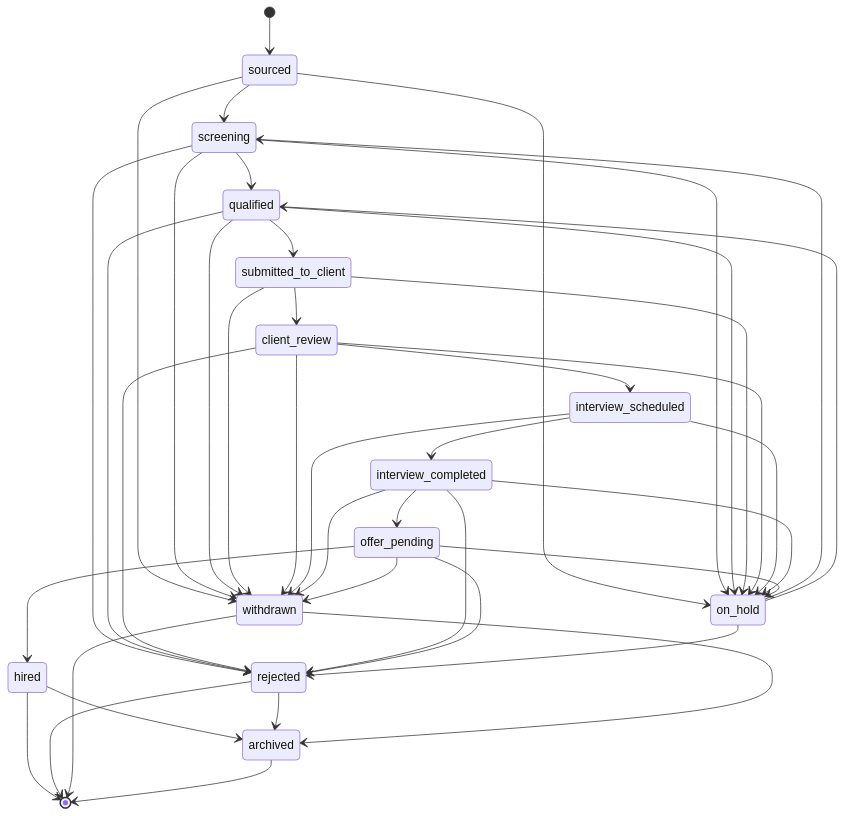
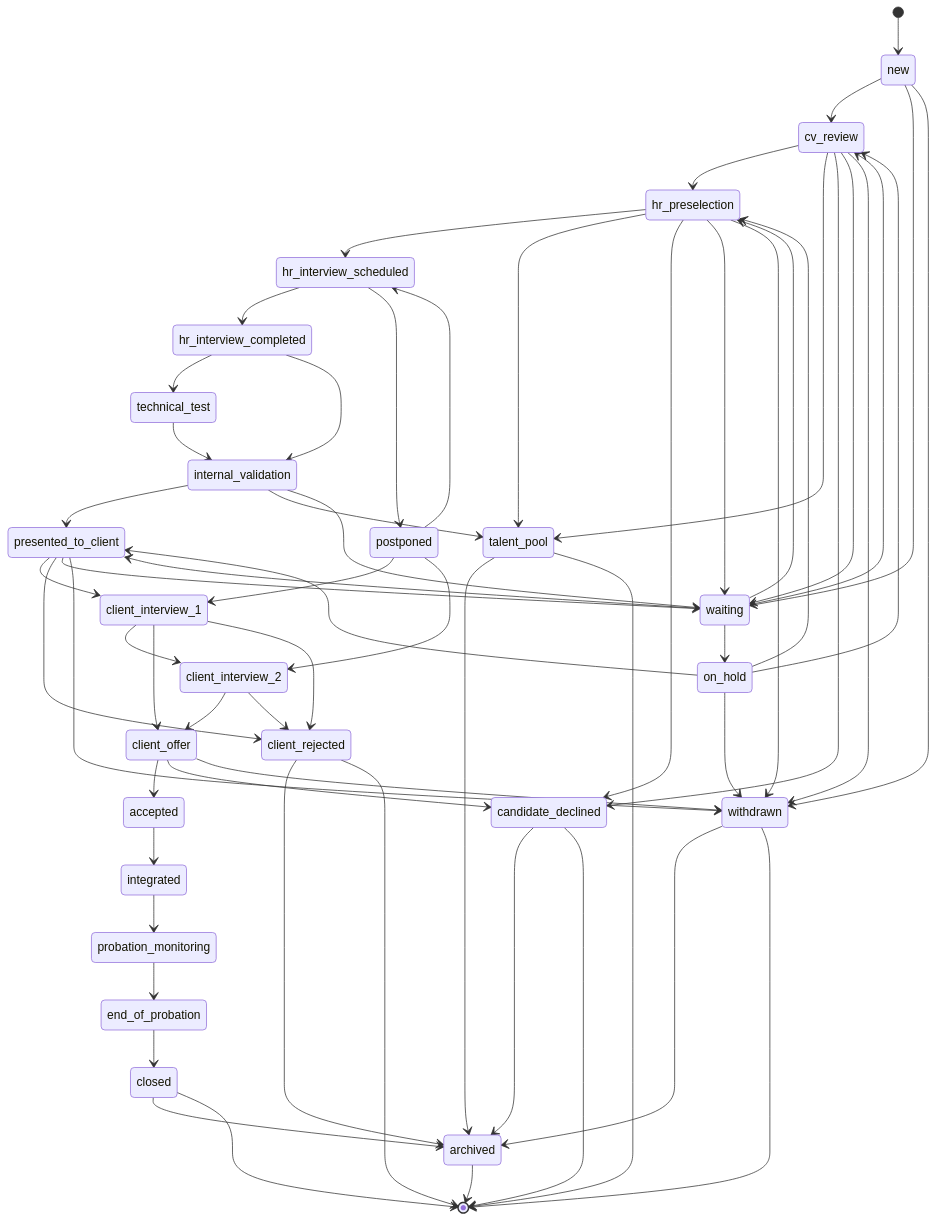
The first of 4 diagrams in docs/workflows.md (cyberdr1ft3r/hire-me-platform), drawn with Mermaid before and after one commit. The commit also changed other lines of this file and 4 other files, not shown here.

Commit message:
docs: address product architecture review

````diff
--- a/docs/workflows.md
+++ b/docs/workflows.md
@@ -42,43 +58,63 @@
 ```mermaid
 stateDiagram-v2
-    [*] --> sourced
-    sourced --> screening
-    screening --> qualified
-    screening --> rejected
-    qualified --> submitted_to_client
-    qualified --> rejected
-    submitted_to_client --> client_review
-    client_review --> interview_scheduled
-    client_review --> rejected
-    interview_scheduled --> interview_completed
-    interview_completed --> offer_pending
-    interview_completed --> rejected
-    offer_pending --> hired
-    offer_pending --> rejected
-    sourced --> on_hold
-    screening --> on_hold
-    qualified --> on_hold
-    submitted_to_client --> on_hold
-    client_review --> on_hold
-    interview_scheduled --> on_hold
-    interview_completed --> on_hold
-    offer_pending --> on_hold
-    on_hold --> screening
-    on_hold --> qualified
-    on_hold --> rejected
-    sourced --> withdrawn
-    screening --> withdrawn
-    qualified --> withdrawn
-    submitted_to_client --> withdrawn
-    client_review --> withdrawn
-    interview_scheduled --> withdrawn
-    interview_completed --> withdrawn
-    offer_pending --> withdrawn
-    hired --> archived
-    rejected --> archived
+    [*] --> new
+    new --> cv_review
+    cv_review --> hr_preselection
+    cv_review --> talent_pool
+    cv_review --> candidate_declined
+    hr_preselection --> hr_interview_scheduled
+    hr_preselection --> talent_pool
+    hr_preselection --> candidate_declined
+    hr_interview_scheduled --> hr_interview_completed
+    hr_interview_scheduled --> postponed
+    hr_interview_completed --> technical_test
+    hr_interview_completed --> internal_validation
+    technical_test --> internal_validation
+    internal_validation --> presented_to_client
+    internal_validation --> talent_pool
+    presented_to_client --> client_interview_1
+    presented_to_client --> client_rejected
+    client_interview_1 --> client_interview_2
+    client_interview_1 --> client_offer
+    client_interview_1 --> client_rejected
+    client_interview_2 --> client_offer
+    client_interview_2 --> client_rejected
+    client_offer --> accepted
+    client_offer --> candidate_declined
+    accepted --> integrated
+    integrated --> probation_monitoring
+    probation_monitoring --> end_of_probation
+    end_of_probation --> closed
+    new --> waiting
+    cv_review --> waiting
+    hr_preselection --> waiting
+    internal_validation --> waiting
+    presented_to_client --> waiting
+    waiting --> cv_review
+    waiting --> hr_preselection
+    waiting --> presented_to_client
+    waiting --> on_hold
+    on_hold --> cv_review
+    on_hold --> hr_preselection
+    on_hold --> presented_to_client
+    on_hold --> withdrawn
+    postponed --> hr_interview_scheduled
+    postponed --> client_interview_1
+    postponed --> client_interview_2
+    new --> withdrawn
+    cv_review --> withdrawn
+    hr_preselection --> withdrawn
+    presented_to_client --> withdrawn
+    client_offer --> withdrawn
+    closed --> archived
+    candidate_declined --> archived
+    client_rejected --> archived
     withdrawn --> archived
-    hired --> [*]
-    rejected --> [*]
+    talent_pool --> archived
+    closed --> [*]
+    candidate_declined --> [*]
+    client_rejected --> [*]
     withdrawn --> [*]
+    talent_pool --> [*]
     archived --> [*]
 ```
````
